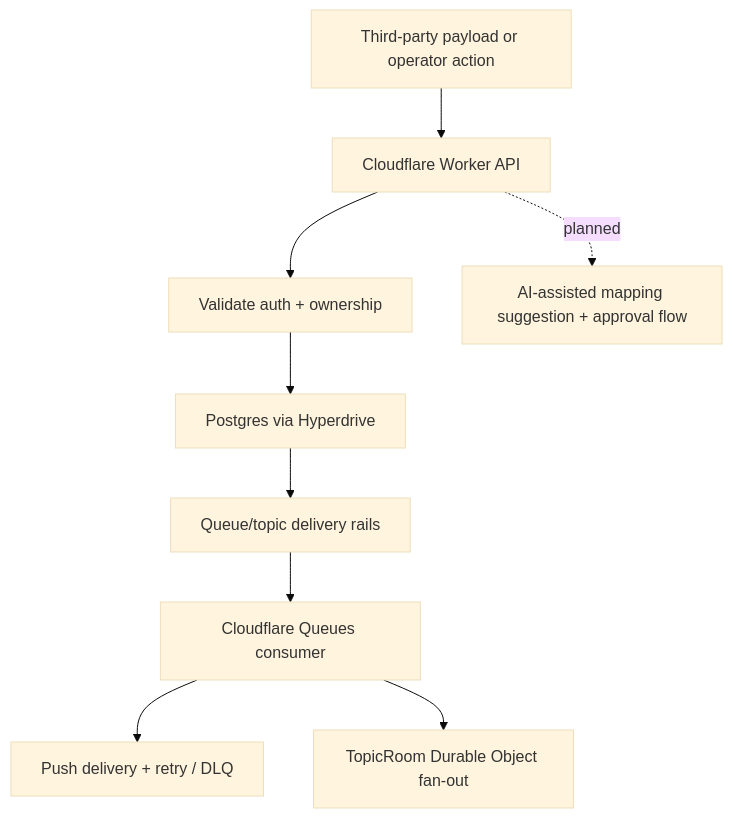
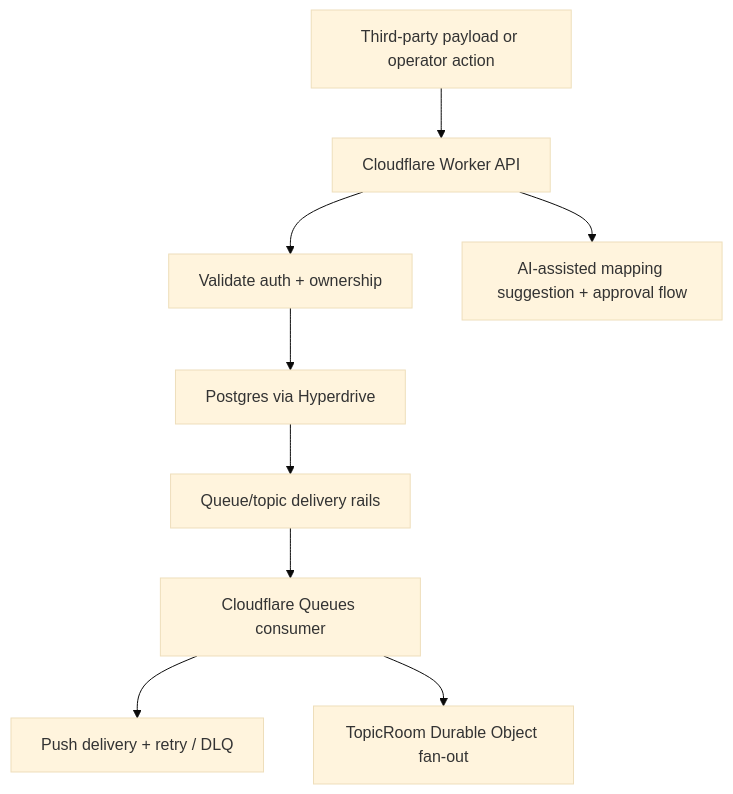
Before and after one commit to ozby/ingest-lens: the diagram in README.md, drawn with Mermaid (base theme). The commit also changed other lines of this file and 3 other files, not shown here.

First line of the commit message:
docs: sync README, ROADMAP, and architecture to current shipped state

````diff
--- a/README.md
+++ b/README.md
@@ -30,11 +30,11 @@
 ```mermaid
 flowchart TD
     A[Third-party payload or operator action] --> B[Cloudflare Worker API]
     B --> C[Validate auth + ownership]
     C --> D[Postgres via Hyperdrive]
     D --> E[Queue/topic delivery rails]
     E --> F[Cloudflare Queues consumer]
     F --> G[Push delivery + retry / DLQ]
     F --> H[TopicRoom Durable Object fan-out]
-    B -. planned .-> I[AI-assisted mapping suggestion + approval flow]
+    B --> I[AI-assisted mapping suggestion + approval flow]
 ```
````
